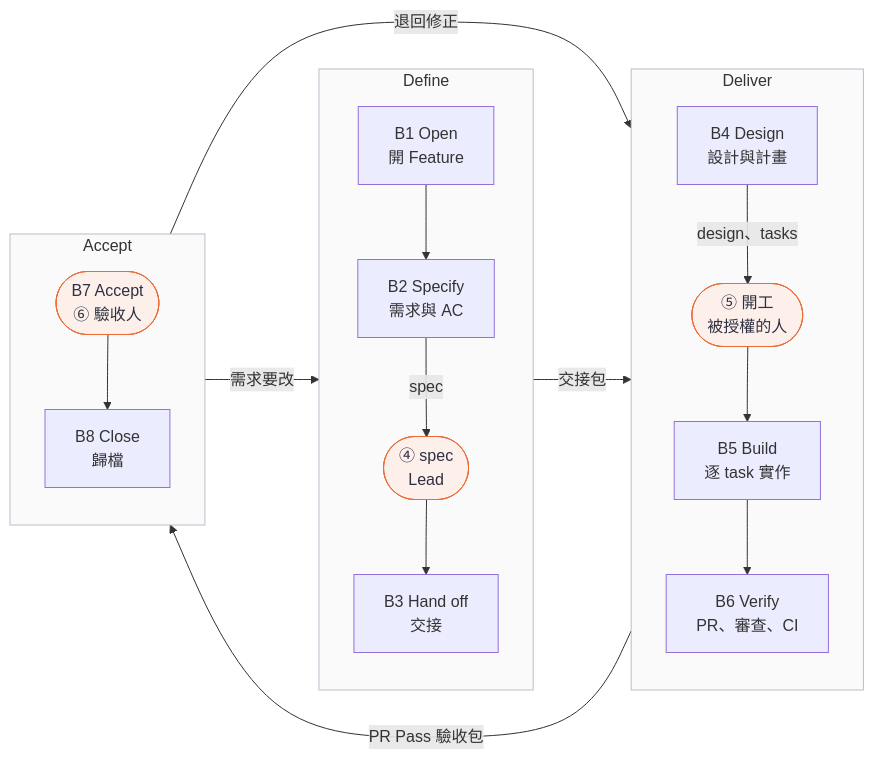
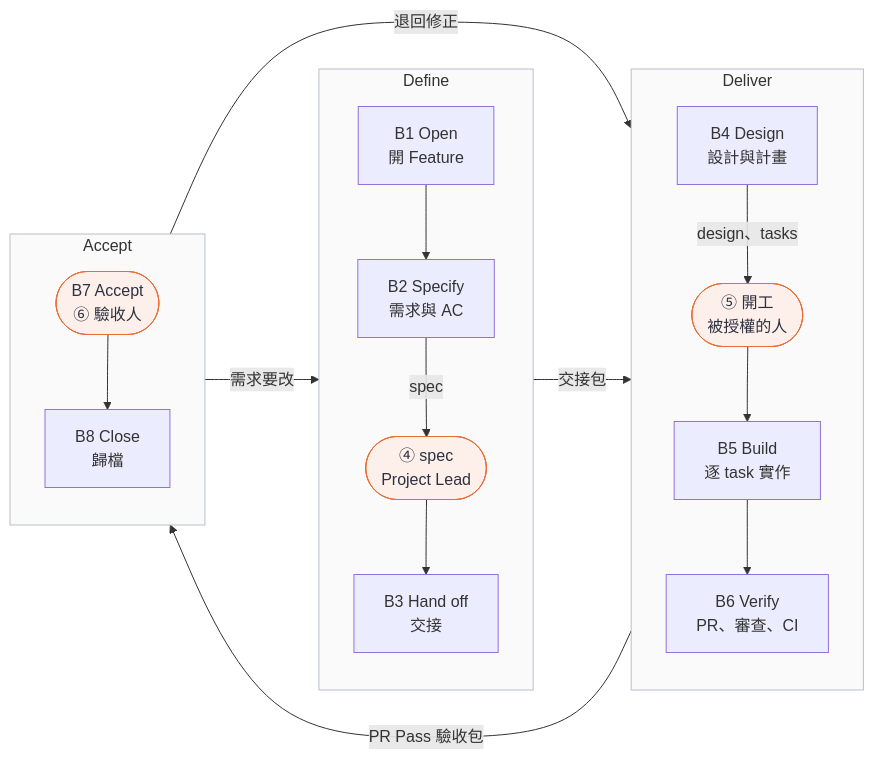
Before and after one commit to ellis429/loop-engineering: the third of 3 diagrams in docs/guide/user-guide.md, drawn with Mermaid. The commit also changed other lines of this file and 4 other files, not shown here.

First line of the commit message:
docs: name the human roles Project Lead and Engineer

````diff
--- a/docs/guide/user-guide.md
+++ b/docs/guide/user-guide.md
@@ -145,24 +145,24 @@
 ```mermaid
 flowchart LR
   subgraph SDEF["Define"]
     direction TB
-    B1["B1 Open<br/>開 Feature"] --> B2["B2 Specify<br/>需求與 AC"] -->|spec| G4(["④ spec<br/>Lead"]) --> B3["B3 Hand off<br/>交接"]
+    B1["B1 Open<br/>開 Feature"] --> B2["B2 Specify<br/>需求與 AC"] -->|spec| G4(["④ spec<br/>Project Lead"]) --> B3["B3 Hand off<br/>交接"]
   end
   subgraph SDEL["Deliver"]
     direction TB
     B4["B4 Design<br/>設計與計畫"] -->|design、tasks| G5(["⑤ 開工<br/>被授權的人"]) --> B5["B5 Build<br/>逐 task 實作"] --> B6["B6 Verify<br/>PR、審查、CI"]
   end
   subgraph SACC["Accept"]
     direction TB
     G6(["B7 Accept<br/>⑥ 驗收人"]) --> B8["B8 Close<br/>歸檔"]
   end
   B3 -->|交接包| B4
   B6 -->|PR Pass 驗收包| G6
   G6 -->|退回修正| B5
   G6 -->|需求要改| B2
   classDef gate fill:#fdf0ea,stroke:#eb6c36,color:#2d3142
   class G4,G5,G6 gate
   style SDEF fill:#fafafa,stroke:#b8bfcc
   style SDEL fill:#fafafa,stroke:#b8bfcc
   style SACC fill:#fafafa,stroke:#b8bfcc
 ```
````
